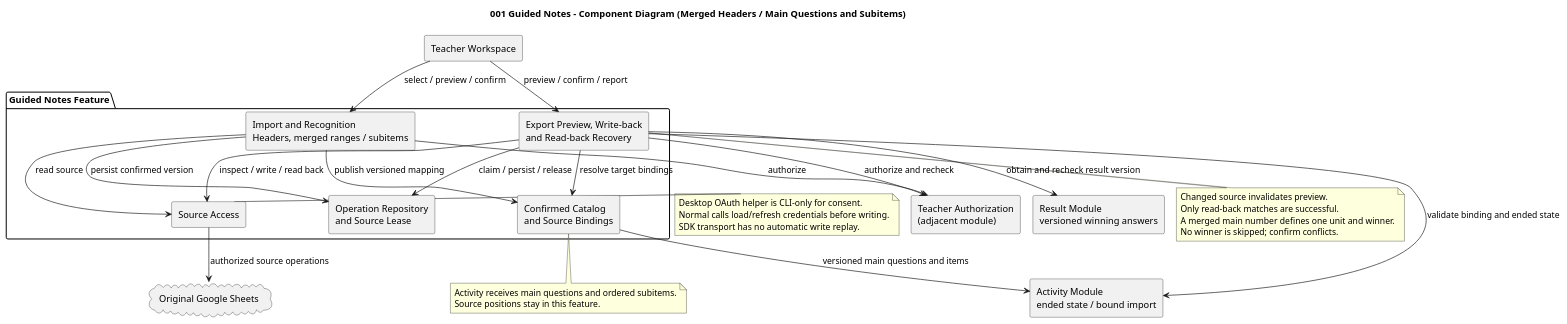
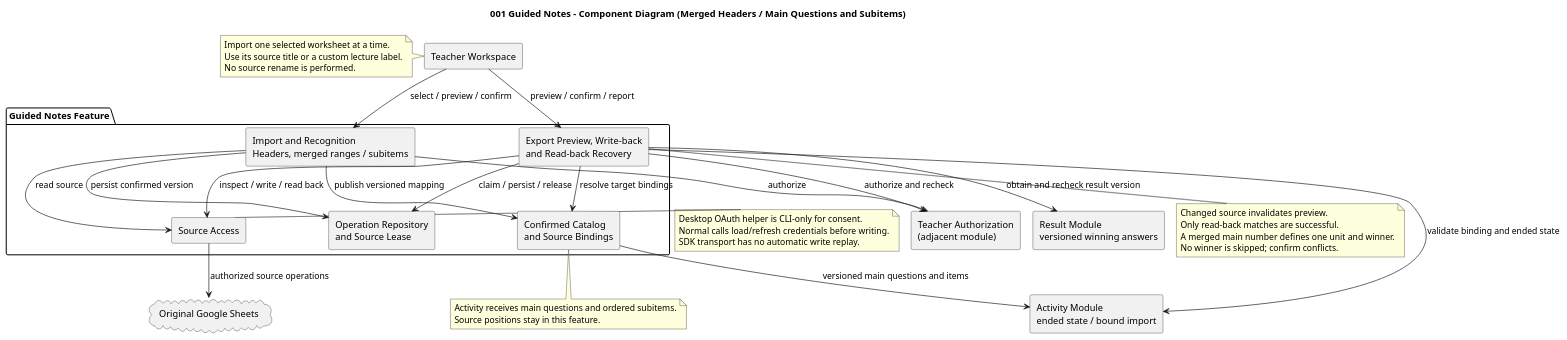
The diagram in diagrams/001-guided-notes-component.puml (Afra0704/se2026-group20-speckit), drawn with PlantUML before and after one commit. The commit also changed 28 other files, not shown here.

Commit message:
feat: add source or custom lecture names with safe metadata migration

```diff
--- a/diagrams/001-guided-notes-component.puml
+++ b/diagrams/001-guided-notes-component.puml
@@ -1,50 +1,55 @@
 @startuml
 !pragma layout smetana
 skinparam shadowing false
 skinparam defaultFontName SansSerif
 skinparam componentStyle rectangle
 skinparam nodesep 65
 skinparam ranksep 70
 title 001 Guided Notes - Component Diagram (Merged Headers / Main Questions and Subitems)
 component "Teacher Workspace" as UI
 component "Teacher Authorization\n(adjacent module)" as Auth
 component "Activity Module\nended state / bound import" as Activity
 component "Result Module\nversioned winning answers" as Results
 package "Guided Notes Feature" {
  component "Import and Recognition\nHeaders, merged ranges / subitems" as Import
  component "Confirmed Catalog\nand Source Bindings" as Catalog
  component "Export Preview, Write-back\nand Read-back Recovery" as Export
  component "Source Access" as Access
  component "Operation Repository\nand Source Lease" as Store
 }
 cloud "Original Google Sheets" as Sheets
 UI --> Import : select / preview / confirm
+note left of UI
+Import one selected worksheet at a time.
+Use its source title or a custom lecture label.
+No source rename is performed.
+end note
 UI --> Export : preview / confirm / report
 Import --> Auth : authorize
 Export --> Auth : authorize and recheck
 Import --> Catalog : publish versioned mapping
 Catalog --> Activity : versioned main questions and items
 Export --> Catalog : resolve target bindings
 Import --> Store : persist confirmed version
 Export --> Store : claim / persist / release
 Export --> Activity : validate binding and ended state
 Export --> Results : obtain and recheck result version
 Import --> Access : read source
 Export --> Access : inspect / write / read back
 Access --> Sheets : authorized source operations
 note left of Access
 Desktop OAuth helper is CLI-only for consent.
 Normal calls load/refresh credentials before writing.
 SDK transport has no automatic write replay.
 end note
 note bottom of Catalog
 Activity receives main questions and ordered subitems.
 Source positions stay in this feature.
 end note
 note bottom of Export
 Changed source invalidates preview.
 Only read-back matches are successful.
 A merged main number defines one unit and winner.
 No winner is skipped; confirm conflicts.
 end note
 @enduml
```
